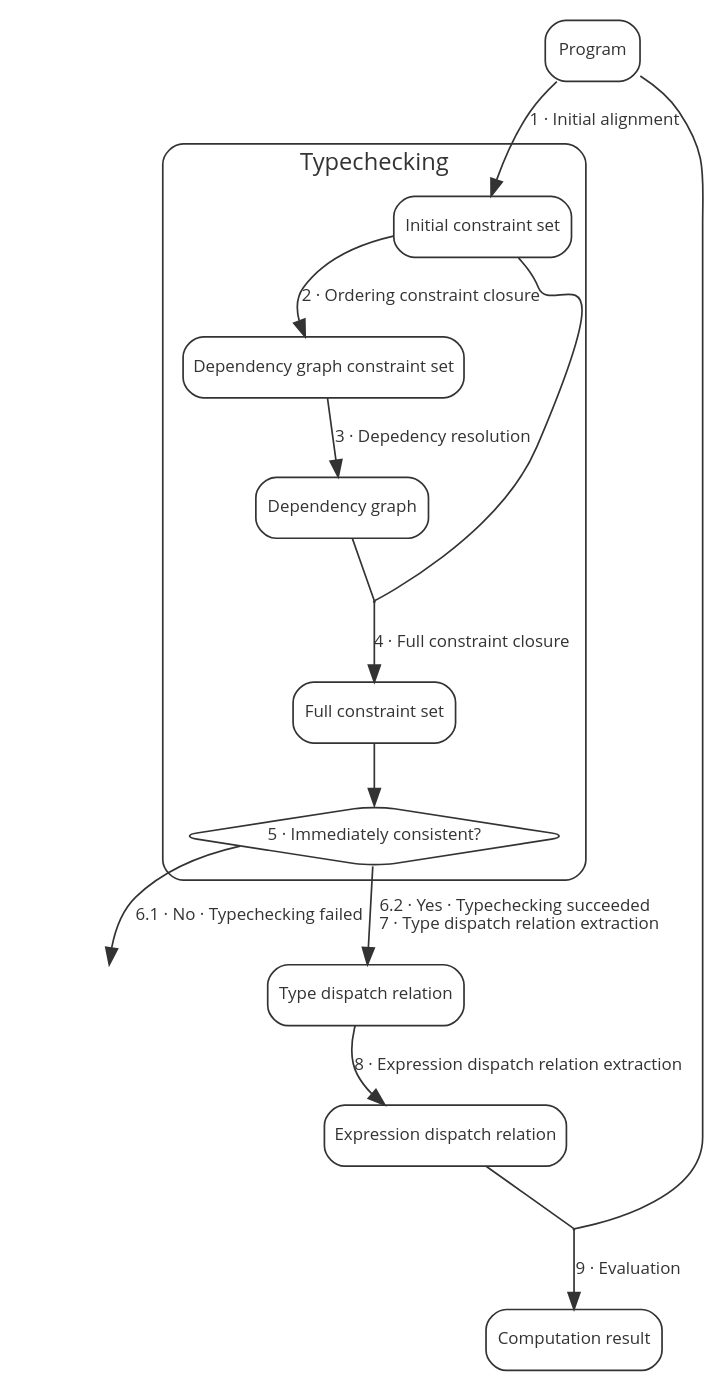
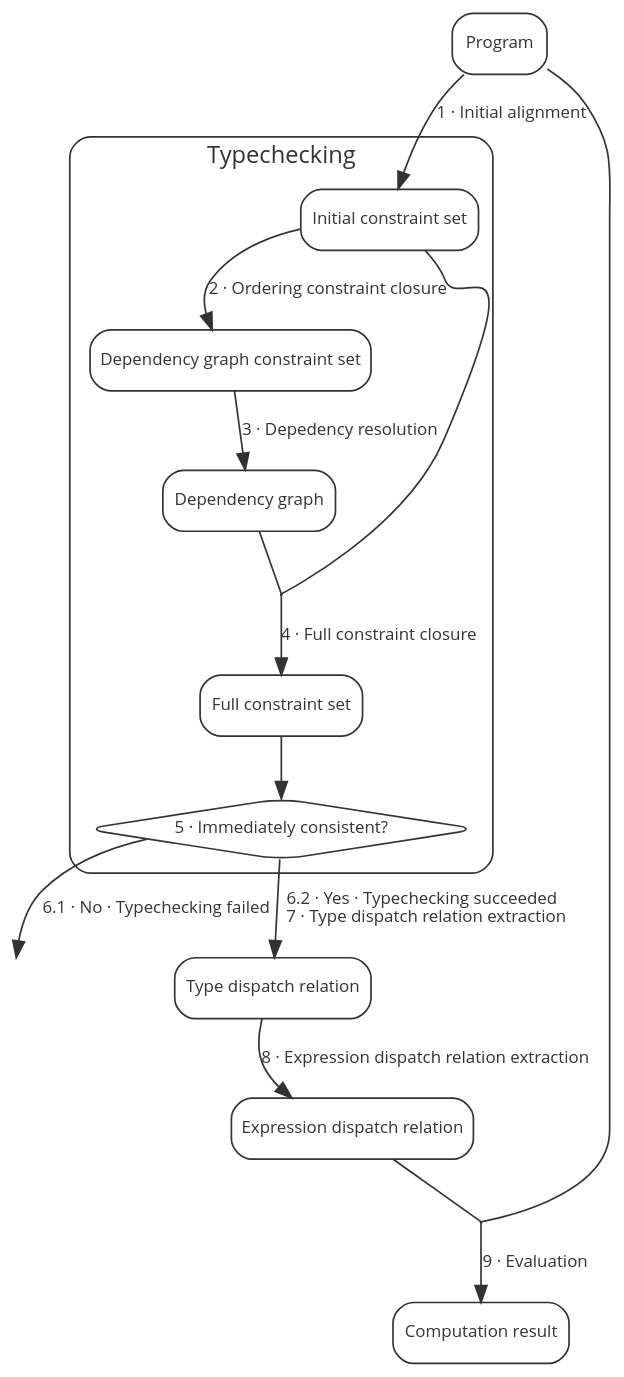
One commit to JHU-PL-Lab/whayrf changed the first of 2 diagrams in docs/implementation-notes.org. Above: the diagram before and after it, drawn with Graphviz. The commit also changed other lines of this file and 2 other files, not shown here.

Commit message:
Change Implementation notes to Graphviz

```diff
--- a/docs/implementation-notes.org
+++ b/docs/implementation-notes.org
@@ -5,35 +5,68 @@
   #+BEGIN_SRC dot :file images/overview.png :exports results
     digraph overview {
+
+      ////////////////
+      // Typography //
+      ////////////////
+
       fontname = "Open Sans";
+      node [fontname = "Open Sans", fontsize = 10];
+      edge [fontname = "Open Sans", fontsize = 10];
+
+      //////////////////
+      // Colorschemes //
+      //////////////////
+
+      // Solarized Light.
+
+      // bgcolor = "#fdf6e3";
+      // color = "#657b83";
+      // fontcolor = "#657b83";
+      // node [color = "#657b83", fontcolor = "#657b83"];
+      // edge [color = "#657b83", fontcolor = "#657b83"];
+
+      // Plain black-on-white.
+
+      bgcolor = transparent;
       color = "#333333";
       fontcolor = "#333333";
-      node [fontname = "Open Sans", fontsize = 10, shape = box, style = "rounded", color = "#333333", fontcolor = "#333333"];
-      edge [fontname = "Open Sans", fontsize = 10, color = "#333333", fontcolor = "#333333"];
+      node [color = "#333333", fontcolor = "#333333"];
+      edge [color = "#333333", fontcolor = "#333333"];
+
+      ///////////////
+      // Box style //
+      ///////////////
+
+      style = "rounded";
+      node [shape = box, style = "rounded"];
+
+      ///////////
+      // Graph //
+      ///////////
 
       "Program" -> "Initial constraint set" [label = " 1 · Initial alignment"];
 
       subgraph cluster_typechecking {
         label = "Typechecking";
-        style = "rounded";
 
         "Initial constraint set" -> "Dependency graph constraint set" [label = " 2 · Ordering constraint closure"];
         "Dependency graph constraint set" -> "Dependency graph" [label = " 3 · Depedency resolution"];
         full_constraint_closure [shape = point, width = 0.01, height = 0.01];
         "Dependency graph" -> full_constraint_closure [dir = none];
         "Initial constraint set" -> full_constraint_closure [dir = none];
         full_constraint_closure -> "Full constraint set" [label = " 4 · Full constraint closure"];
         "5 · Immediately consistent?" [shape = diamond];
         "Full constraint set" -> "5 · Immediately consistent?";
       }
 
       typechecking_failed [style = invisible];
       "5 · Immediately consistent?" -> typechecking_failed [label = " 6.1 · No · Typechecking failed"];
       "5 · Immediately consistent?" -> "Type dispatch relation" [label = " 6.2 · Yes · Typechecking succeeded\n   7 · Type dispatch relation extraction"];
 
       "Type dispatch relation" -> "Expression dispatch relation" [label = " 8 · Expression dispatch relation extraction"];
       evaluation [shape = point, width = 0.01, height = 0.01];
       "Expression dispatch relation" -> evaluation [dir = none];
       "Program" -> evaluation [dir = none];
       evaluation -> "Computation result" [label = " 9 · Evaluation"];
     }
   #+END_SRC
```
